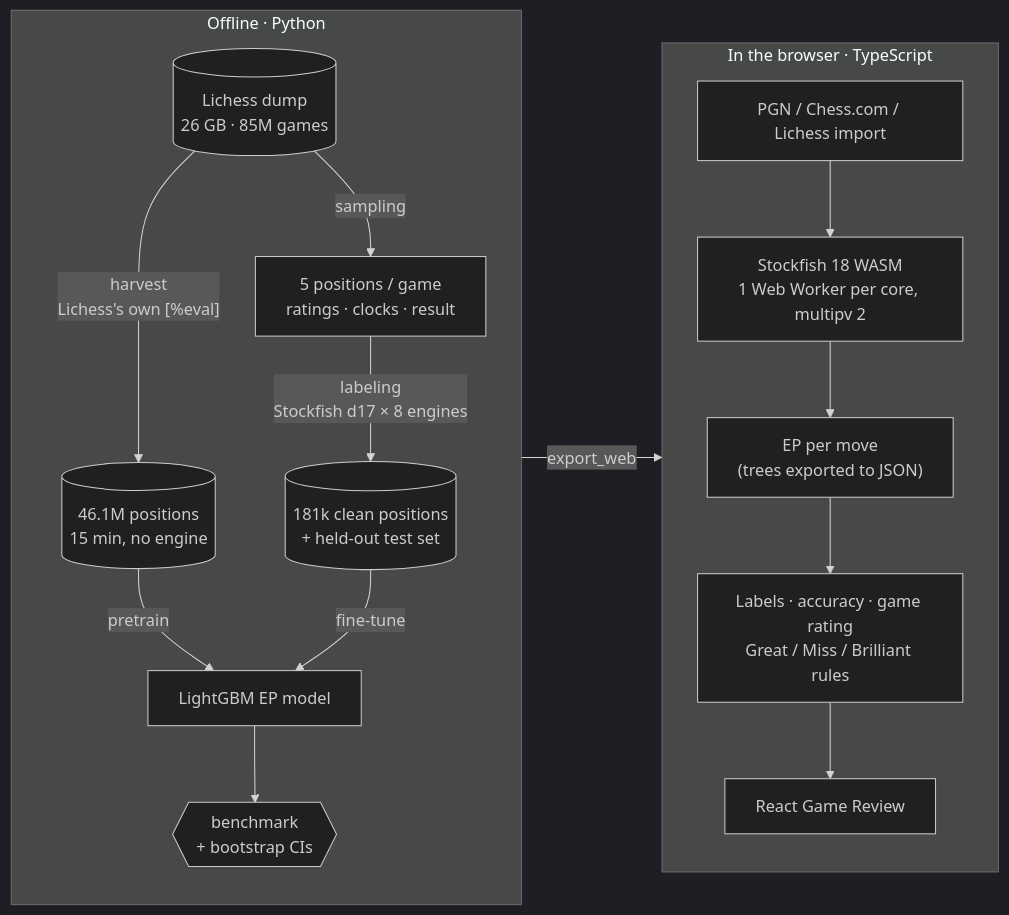
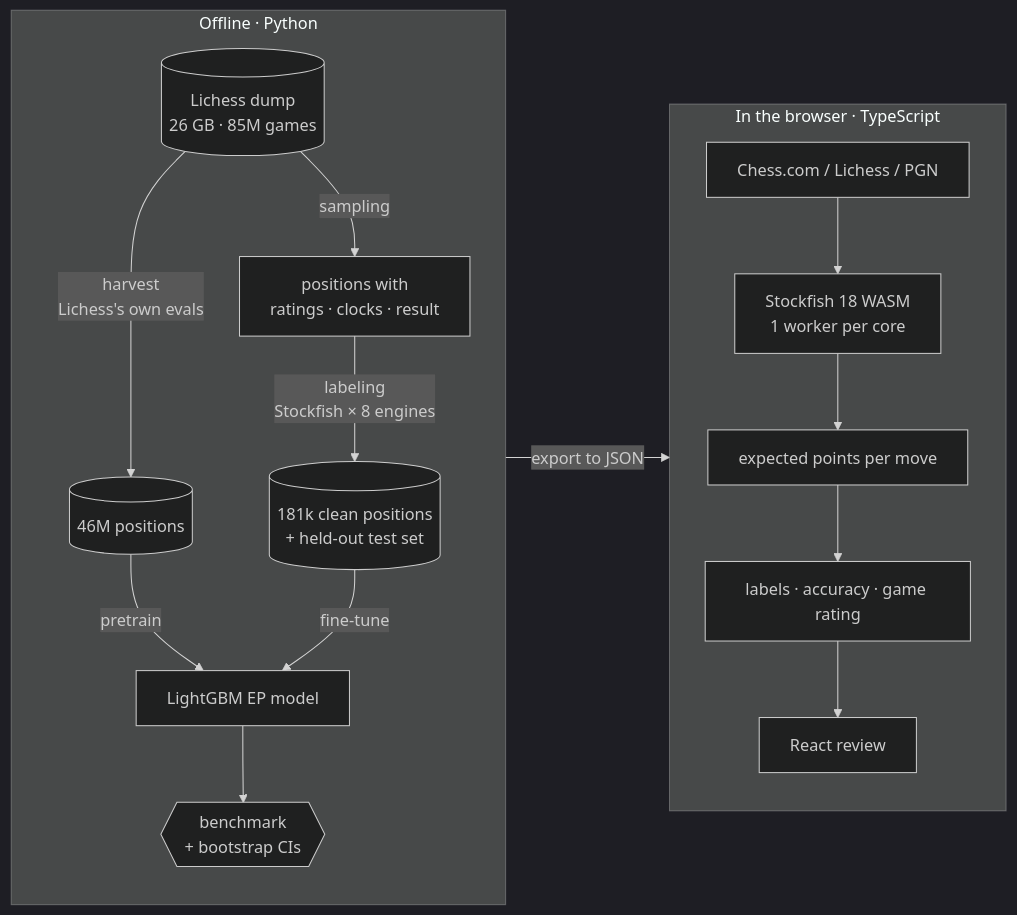
The diagram in README.md (NazmulHayat/ChessCoach), drawn with Mermaid (dark theme) before and after one commit. The commit also changed other lines of this file and 41 other files, not shown here.

First line of the commit message:
Rename to elo101; game rating follows accuracy; stricter Brilliant

````diff
--- a/README.md
+++ b/README.md
@@ -129,23 +112,23 @@
 ```mermaid
 flowchart LR
   subgraph offline["Offline · Python"]
     direction TB
     dump[("Lichess dump<br/>26 GB · 85M games")]
-    dump -->|sampling| rows["5 positions / game<br/>ratings · clocks · result"]
-    rows -->|"labeling<br/>Stockfish d17 × 8 engines"| clean[("181k clean positions<br/>+ held-out test set")]
-    dump -->|"harvest<br/>Lichess's own [%eval]"| big[("46.1M positions<br/>15 min, no engine")]
+    dump -->|sampling| rows["positions with<br/>ratings · clocks · result"]
+    rows -->|"labeling<br/>Stockfish × 8 engines"| clean[("181k clean positions<br/>+ held-out test set")]
+    dump -->|"harvest<br/>Lichess's own evals"| big[("46M positions")]
     big -->|pretrain| lgbm["LightGBM EP model"]
     clean -->|fine-tune| lgbm
     lgbm --> bench{{"benchmark<br/>+ bootstrap CIs"}}
   end
 
   subgraph browser["In the browser · TypeScript"]
     direction TB
-    pgn["PGN / Chess.com / Lichess import"] --> sf["Stockfish 18 WASM<br/>1 Web Worker per core, multipv 2"]
-    sf --> ep["EP per move<br/>(trees exported to JSON)"]
-    ep --> labels["Labels · accuracy · game rating<br/>Great / Miss / Brilliant rules"]
-    labels --> ui["React Game Review"]
+    pgn["Chess.com / Lichess / PGN"] --> sf["Stockfish 18 WASM<br/>1 worker per core"]
+    sf --> ep["expected points per move"]
+    ep --> labels["labels · accuracy · game rating"]
+    labels --> ui["React review"]
   end
 
-  bench -->|export_web| ep
+  bench -->|export to JSON| ep
 ```
````
